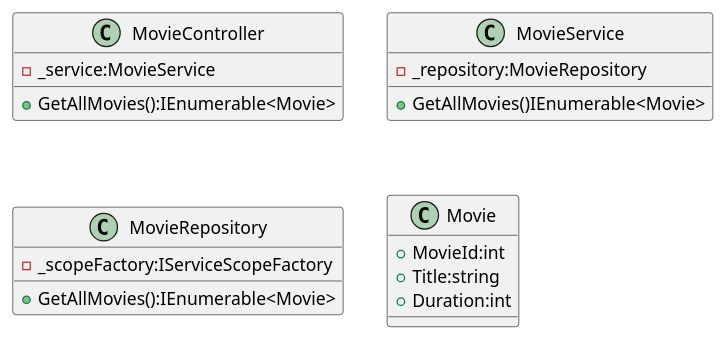
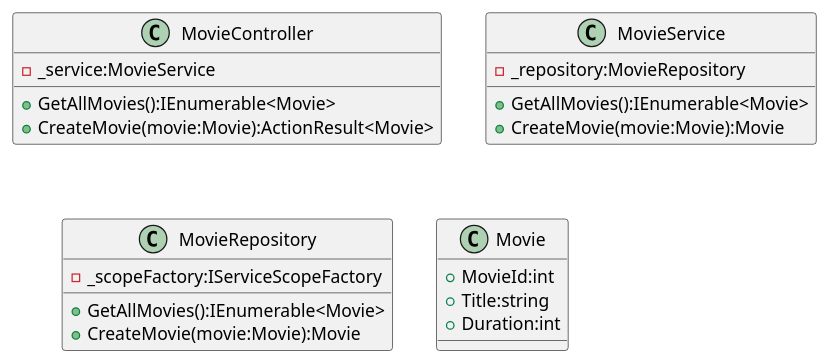
One commit to monochromatic-dolphins/cinema-reservations changed the diagram in cinema-reservations-api/class-diagram.puml. Above: the diagram before and after it, drawn with PlantUML. The commit also changed 6 other files, not shown here.

Commit message:
Add deletion of reservations Update UML

```diff
--- a/cinema-reservations-api/class-diagram.puml
+++ b/cinema-reservations-api/class-diagram.puml
@@ -1,22 +1,25 @@
 @startuml
 class MovieController {
     - _service:MovieService
     + GetAllMovies():IEnumerable<Movie>
+    + CreateMovie(movie:Movie):ActionResult<Movie>
 }
 
 class MovieService {
     -  _repository:MovieRepository
-    + GetAllMovies()IEnumerable<Movie>
+    + GetAllMovies():IEnumerable<Movie>
+    + CreateMovie(movie:Movie):Movie
 }
 
 class MovieRepository {
     -  _scopeFactory:IServiceScopeFactory
     +  GetAllMovies():IEnumerable<Movie>
+    + CreateMovie(movie:Movie):Movie
 }
 
 class Movie {
     + MovieId:int
     + Title:string
     + Duration:int
 }
 @enduml
```
